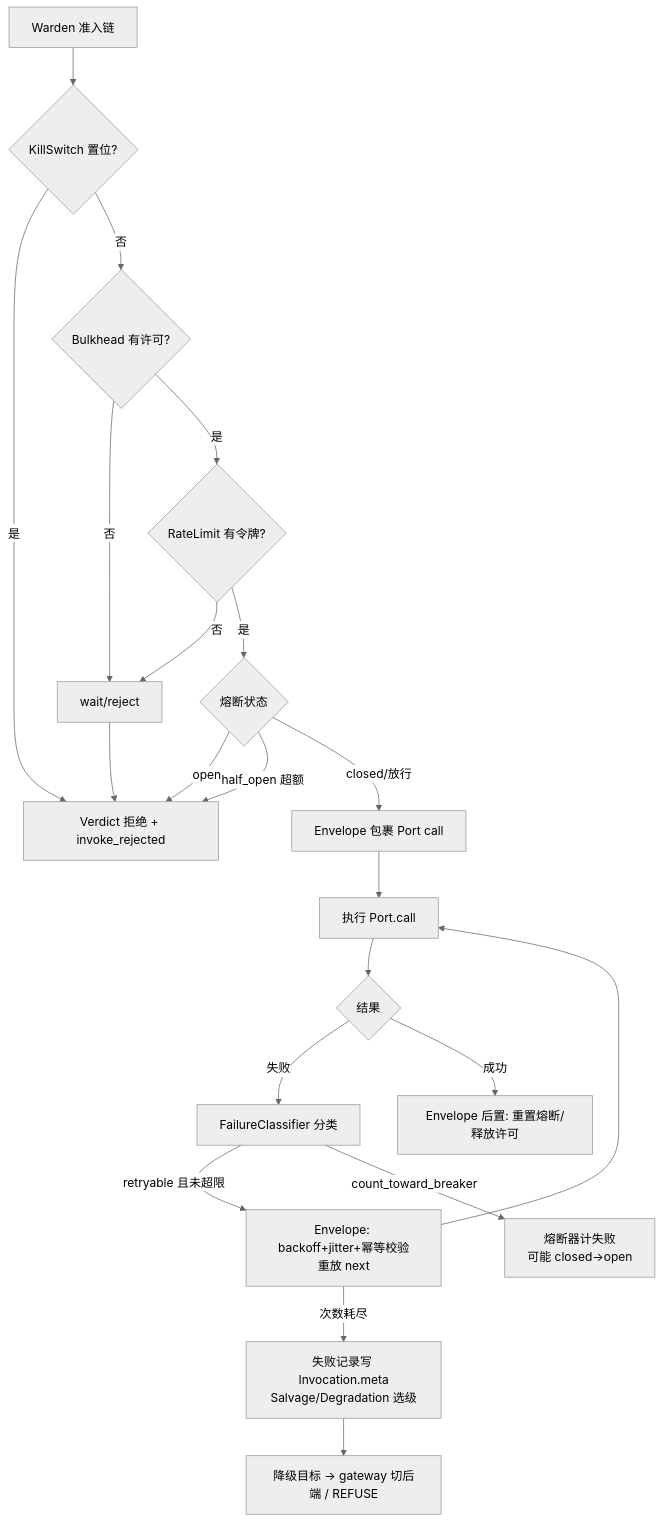
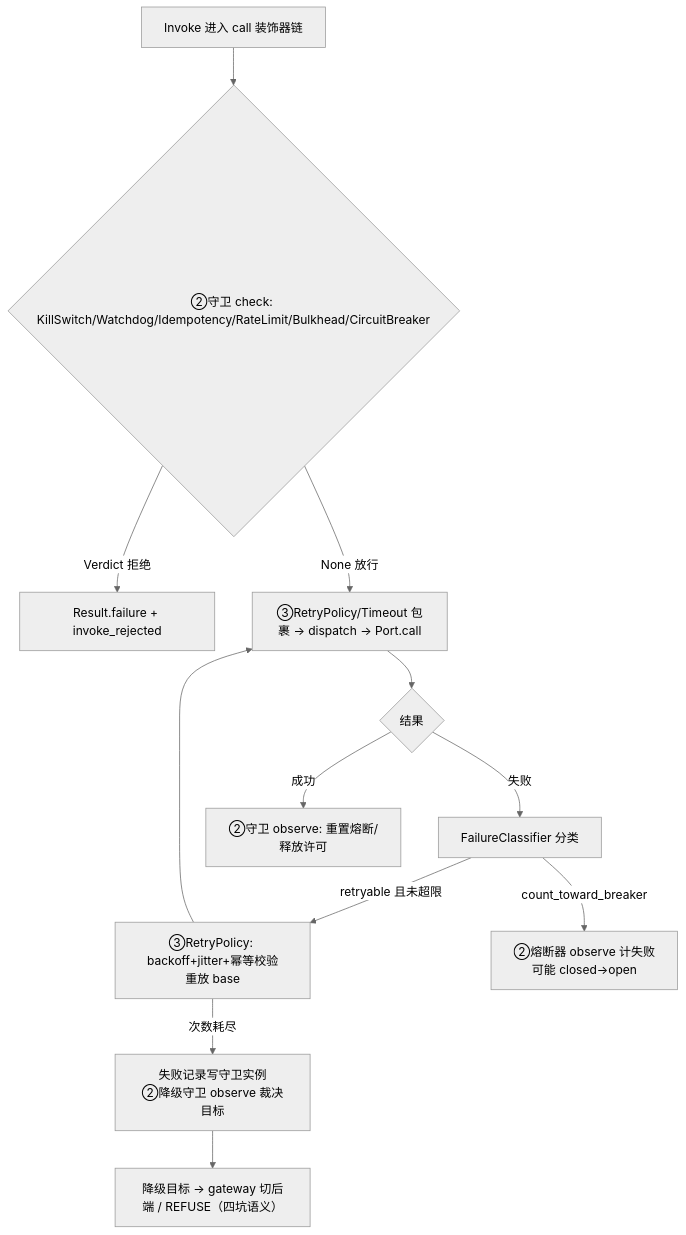
One commit to sao-lang/lll changed the fifth of 13 diagrams in docs/01-总览与设计/AGENT-总设计.md. Above: the diagram before and after it, drawn with Mermaid (neutral theme). The commit also changed other lines of this file and 159 other files, not shown here.

````diff
--- a/docs/01-总览与设计/AGENT-总设计.md
+++ b/docs/01-总览与设计/AGENT-总设计.md
@@ -694,23 +703,14 @@
 ```mermaid
 flowchart TD
-    IN["Warden 准入链"] --> KS{"KillSwitch 置位?"}
-    KS -->|是| RJ["Verdict 拒绝 + invoke_rejected"]
-    KS -->|否| BH{"Bulkhead 有许可?"}
-    BH -->|否| WAIT["wait/reject"]
-    BH -->|是| RL{"RateLimit 有令牌?"}
-    RL -->|否| WAIT
-    RL -->|是| CB{"熔断状态"}
-    CB -->|open| RJ
-    CB -->|half_open 超额| RJ
-    CB -->|closed/放行| EN["Envelope 包裹 Port call"]
-    EN --> CALL["执行 Port.call"]
+    IN["Invoke 进入 call 装饰器链"] --> GD{"②守卫 check: KillSwitch/Watchdog/Idempotency/RateLimit/Bulkhead/CircuitBreaker"}
+    GD -->|Verdict 拒绝| RJ["Result.failure + invoke_rejected"]
+    GD -->|None 放行| CALL["③RetryPolicy/Timeout 包裹 → dispatch → Port.call"]
     CALL --> R{"结果"}
     R -->|失败| FC["FailureClassifier 分类"]
-    FC -->|retryable 且未超限| RETRY["Envelope: backoff+jitter+幂等校验<br/>重放 next"]
+    FC -->|retryable 且未超限| RETRY["③RetryPolicy: backoff+jitter+幂等校验<br/>重放 base"]
     RETRY --> CALL
-    FC -->|count_toward_breaker| BC["熔断器计失败<br/>可能 closed→open"]
-    R -->|成功| OK["Envelope 后置: 重置熔断/释放许可"]
-    WAIT --> RJ
-    RETRY -->|次数耗尽| SV["失败记录写 Invocation.meta<br/>Salvage/Degradation 选级"]
-    SV --> DEG["降级目标 → gateway 切后端 / REFUSE"]
+    FC -->|count_toward_breaker| BC["②熔断器 observe 计失败<br/>可能 closed→open"]
+    R -->|成功| OK["②守卫 observe: 重置熔断/释放许可"]
+    RETRY -->|次数耗尽| SV["失败记录写守卫实例<br/>②降级守卫 observe 裁决目标"]
+    SV --> DEG["降级目标 → gateway 切后端 / REFUSE（四坑语义）"]
 ```
````
